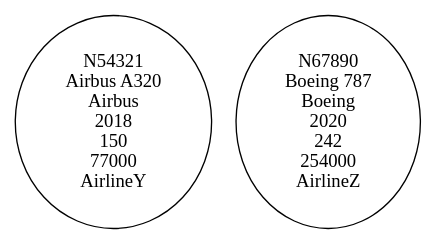
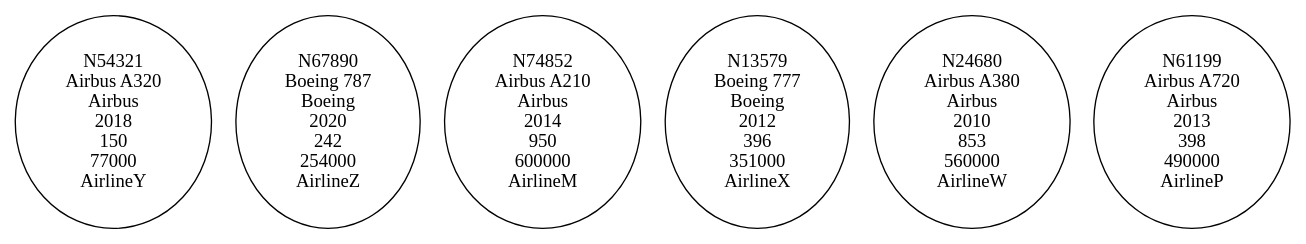
Before and after one commit to sajche12/201904490_EDD_Practica: the diagram in aviones_disponibles.dot, drawn with Graphviz. The commit also changed 15 other files, not shown here.

```diff
--- a/aviones_disponibles.dot
+++ b/aviones_disponibles.dot
@@ -1,4 +1,8 @@
 digraph AvionesDisponibles {
     N54321 [label="N54321\nAirbus A320\nAirbus\n2018\n150\n77000\nAirlineY"];
     N67890 [label="N67890\nBoeing 787\nBoeing\n2020\n242\n254000\nAirlineZ"];
+    N74852 [label="N74852\nAirbus A210\nAirbus\n2014\n950\n600000\nAirlineM"];
+    N13579 [label="N13579\nBoeing 777\nBoeing\n2012\n396\n351000\nAirlineX"];
+    N24680 [label="N24680\nAirbus A380\nAirbus\n2010\n853\n560000\nAirlineW"];
+    N61199 [label="N61199\nAirbus A720\nAirbus\n2013\n398\n490000\nAirlineP"];
 }
```
